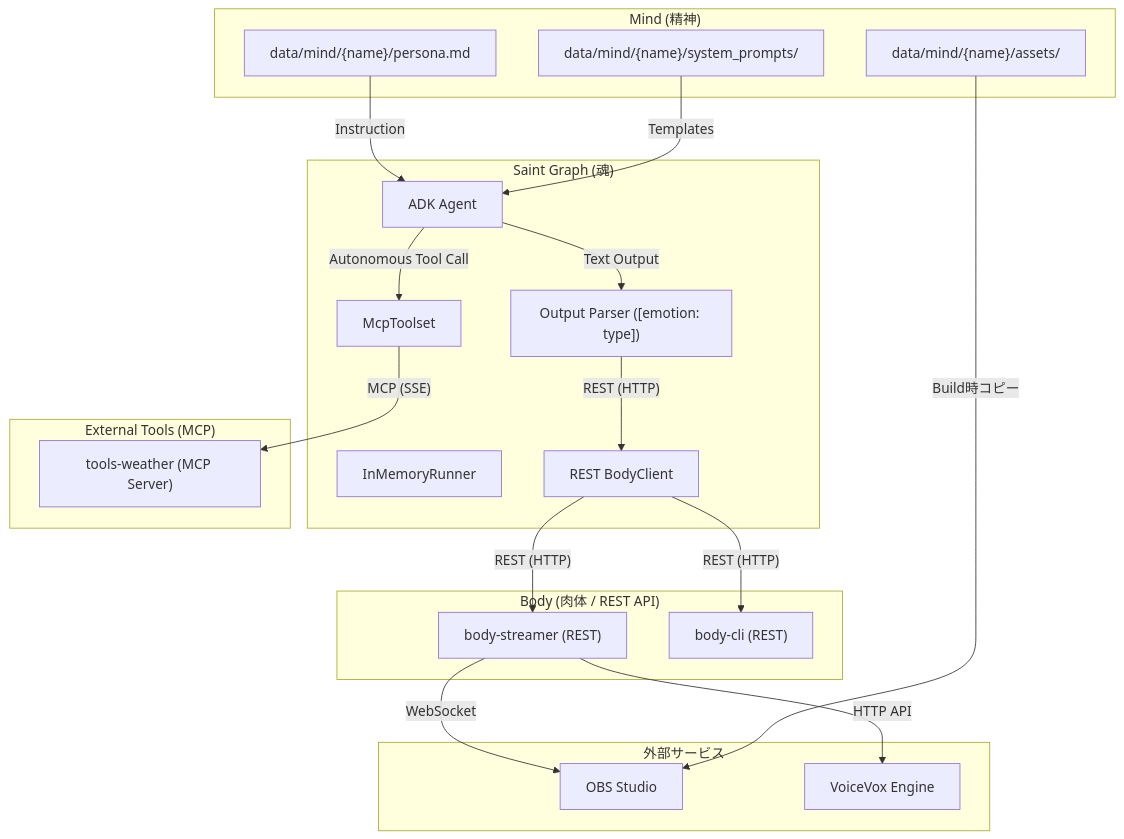
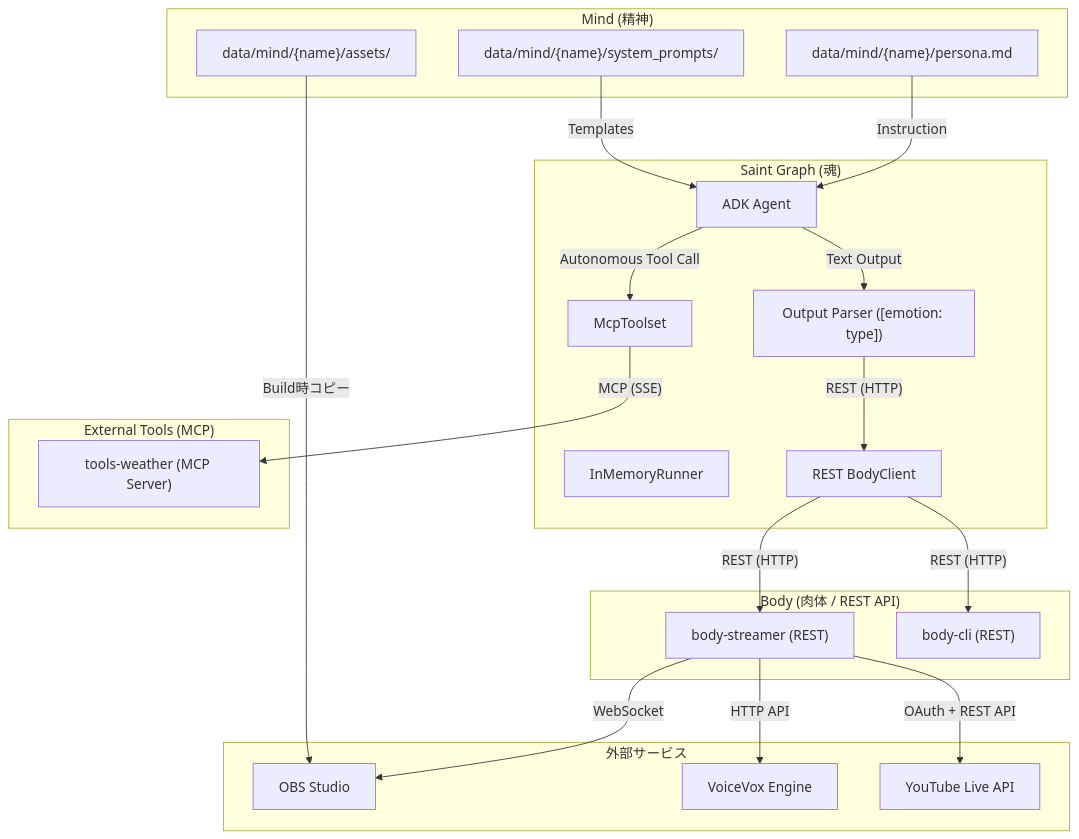
The diagram in docs/ARCHITECTURE.md (koduki/ai-tuber), drawn with Mermaid before and after one commit. The commit also changed other lines of this file and 16 other files, not shown here.

````diff
--- a/docs/ARCHITECTURE.md
+++ b/docs/ARCHITECTURE.md
@@ -9,44 +9,46 @@
 ```mermaid
 graph TD
   subgraph Mind ["Mind (精神)"]
     Persona["data/mind/{name}/persona.md"]
     Prompts["data/mind/{name}/system_prompts/"]
     Assets["data/mind/{name}/assets/"]
   end
 
   subgraph SaintGraph ["Saint Graph (魂)"]
     Agent["ADK Agent"]
     Runner["InMemoryRunner"]
     Parser["Output Parser ([emotion: type])"]
     BodyClient["REST BodyClient"]
     Toolset["McpToolset"]
   end
 
   subgraph BodyServices ["Body (肉体 / REST API)"]
     ServerStreamer["body-streamer (REST)"]
     ServerCLI["body-cli (REST)"]
   end
 
   subgraph Tools ["External Tools (MCP)"]
     ServerWeather["tools-weather (MCP Server)"]
   end
   
   subgraph ExternalServices ["外部サービス"]
     OBS["OBS Studio"]
     VoiceVox["VoiceVox Engine"]
+    YouTube["YouTube Live API"]
   end
 
   Persona -- "Instruction" --> Agent
   Prompts -- "Templates" --> Agent
   Agent -- "Text Output" --> Parser
   Parser -- "REST (HTTP)" --> BodyClient
   BodyClient -- "REST (HTTP)" --> ServerStreamer
   BodyClient -- "REST (HTTP)" --> ServerCLI
   
   Agent -- "Autonomous Tool Call" --> Toolset
   Toolset -- "MCP (SSE)" --> ServerWeather
   
   ServerStreamer -- "HTTP API" --> VoiceVox
   ServerStreamer -- "WebSocket" --> OBS
+  ServerStreamer -- "OAuth + REST API" --> YouTube
   Assets -- "Build時コピー" --> OBS
 ```
````
